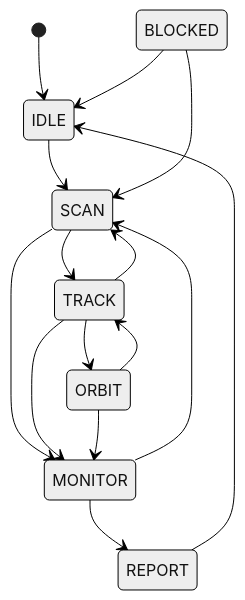
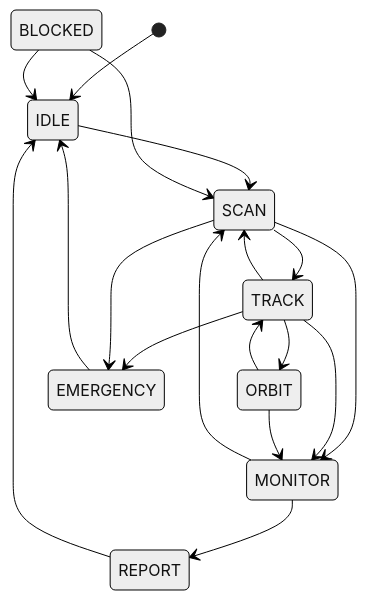
Before and after one commit to oaslananka/sky-track-vision-dev: the second of 2 diagrams in docs/architecture.md, drawn with Mermaid (neutral theme). The commit also changed other lines of this file and 5 other files, not shown here.

````diff
--- a/docs/architecture.md
+++ b/docs/architecture.md
@@ -77,17 +77,20 @@
 ```mermaid
 stateDiagram-v2
     [*] --> IDLE
     IDLE --> SCAN
     SCAN --> TRACK
     SCAN --> MONITOR
     TRACK --> SCAN
     TRACK --> MONITOR
     TRACK --> ORBIT
     MONITOR --> SCAN
     MONITOR --> REPORT
     ORBIT --> TRACK
     ORBIT --> MONITOR
     REPORT --> IDLE
     BLOCKED --> IDLE
     BLOCKED --> SCAN
+    TRACK --> EMERGENCY
+    SCAN --> EMERGENCY
+    EMERGENCY --> IDLE
 ```
````
